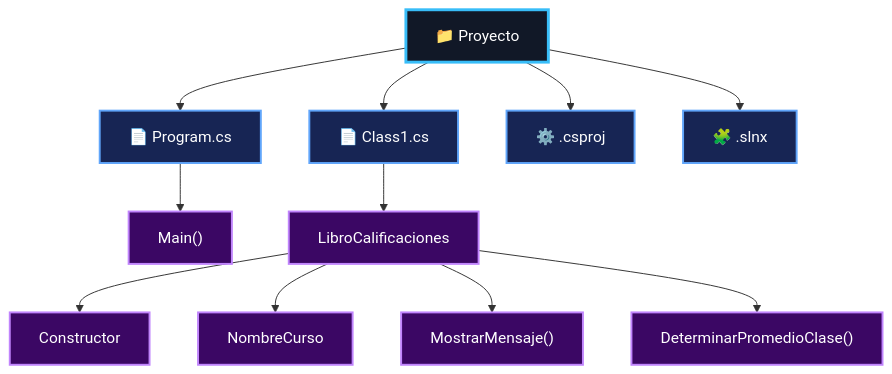
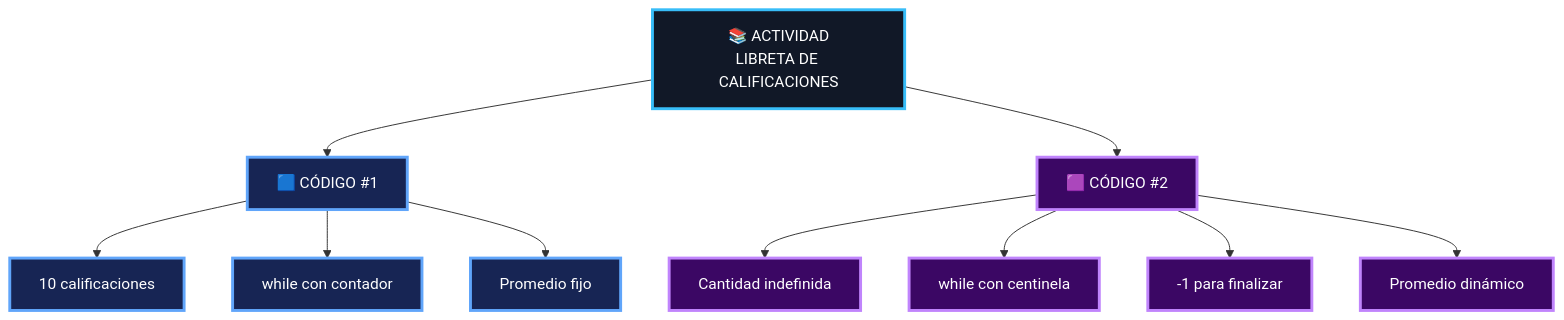
One commit to VITIDEV06/Actividad-C-SHARP-Libreta-de-Calificaciones-Hojas-Impresas changed the first of 6 diagrams in README.md. Above: the diagram before and after it, drawn with Mermaid. The commit also changed other lines of this file, not shown here.

````diff
--- a/README.md
+++ b/README.md
@@ -206,24 +70,23 @@
 ```mermaid
 flowchart TD
 
-    A["📁 Proyecto"] --> B["📄 Program.cs"]
-    A --> C["📄 Class1.cs"]
-    A --> D["⚙️ .csproj"]
-    A --> E["🧩 .slnx"]
+    A["📚 ACTIVIDAD<br/>LIBRETA DE CALIFICACIONES"] --> B["🟦 CÓDIGO #1"]
+    A --> C["🟪 CÓDIGO #2"]
 
-    B --> F["Main()"]
-    C --> G["LibroCalificaciones"]
+    B --> B1["10 calificaciones"]
+    B --> B2["while con contador"]
+    B --> B3["Promedio fijo"]
 
-    G --> H["Constructor"]
-    G --> I["NombreCurso"]
-    G --> J["MostrarMensaje()"]
-    G --> K["DeterminarPromedioClase()"]
+    C --> C1["Cantidad indefinida"]
+    C --> C2["while con centinela"]
+    C --> C3["-1 para finalizar"]
+    C --> C4["Promedio dinámico"]
 
-    classDef project fill:#111827,stroke:#38BDF8,color:#FFFFFF,stroke-width:3px;
-    classDef file fill:#172554,stroke:#60A5FA,color:#FFFFFF,stroke-width:2px;
-    classDef code fill:#3B0764,stroke:#C084FC,color:#FFFFFF,stroke-width:2px;
+    classDef root fill:#111827,stroke:#38BDF8,color:#FFFFFF,stroke-width:3px;
+    classDef code1 fill:#172554,stroke:#60A5FA,color:#FFFFFF,stroke-width:3px;
+    classDef code2 fill:#3B0764,stroke:#C084FC,color:#FFFFFF,stroke-width:3px;
 
-    class A project;
-    class B,C,D,E file;
-    class F,G,H,I,J,K code;
+    class A root;
+    class B,B1,B2,B3 code1;
+    class C,C1,C2,C3,C4 code2;
 ```
````
